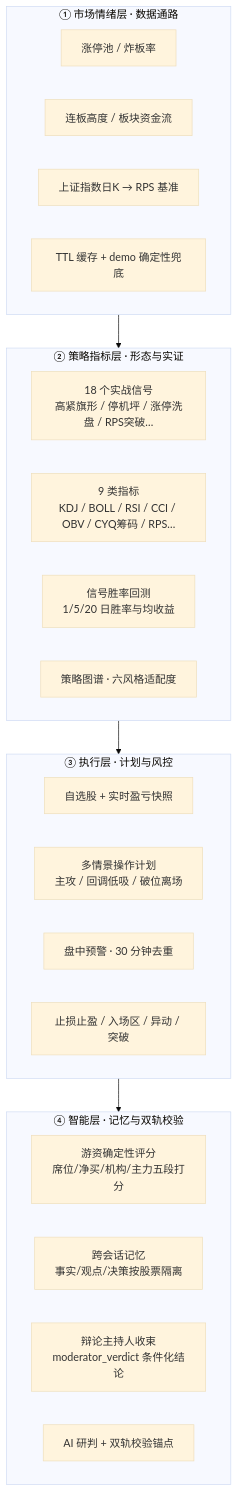
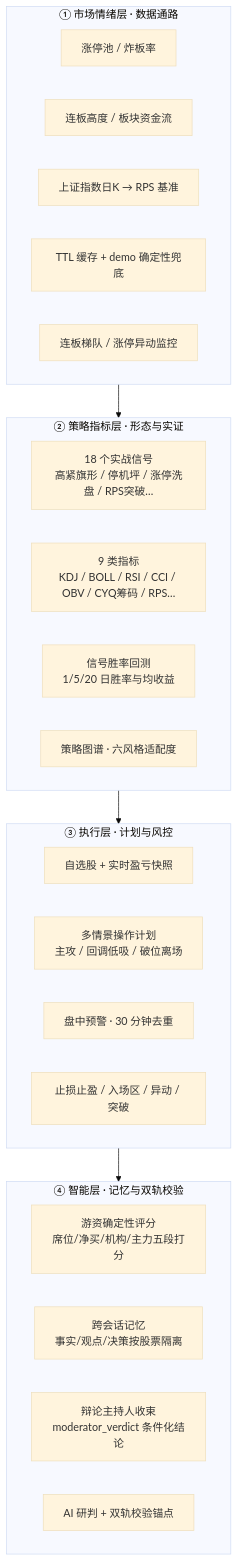
One commit to wqadlw/AxiomDesk changed the first of 2 diagrams in README.md. Above: the diagram before and after it, drawn with Mermaid (base theme). The commit also changed other lines of this file and 26 other files, not shown here.

First line of the commit message:
feat: 连板梯队/涨停异动监控 + UZI_→AXIOM_ 品牌解耦 (v3.1.0)

````diff
--- a/README.md
+++ b/README.md
@@ -19,28 +19,29 @@
 ```mermaid
 flowchart TB
     subgraph L1["① 市场情绪层 · 数据通路"]
         A1[涨停池 / 炸板率]
         A2[连板高度 / 板块资金流]
         A3[上证指数日K → RPS 基准]
         A4[TTL 缓存 + demo 确定性兜底]
+        A5[连板梯队 / 涨停异动监控]
     end
     subgraph L2["② 策略指标层 · 形态与实证"]
         B1[18 个实战信号<br/>高紧旗形 / 停机坪 / 涨停洗盘 / RPS突破…]
         B2[9 类指标<br/>KDJ / BOLL / RSI / CCI / OBV / CYQ筹码 / RPS…]
         B3[信号胜率回测<br/>1/5/20 日胜率与均收益]
         B4[策略图谱 · 六风格适配度]
     end
     subgraph L3["③ 执行层 · 计划与风控"]
         C1[自选股 + 实时盈亏快照]
         C2[多情景操作计划<br/>主攻 / 回调低吸 / 破位离场]
         C3[盘中预警 · 30 分钟去重]
         C4[止损止盈 / 入场区 / 异动 / 突破]
     end
     subgraph L4["④ 智能层 · 记忆与双轨校验"]
         D1[游资确定性评分<br/>席位/净买/机构/主力五段打分]
         D2[跨会话记忆<br/>事实/观点/决策按股票隔离]
         D3[辩论主持人收束<br/>moderator_verdict 条件化结论]
         D4[AI 研判 + 双轨校验锚点]
     end
     L1 --> L2 --> L3 --> L4
 ```
````
